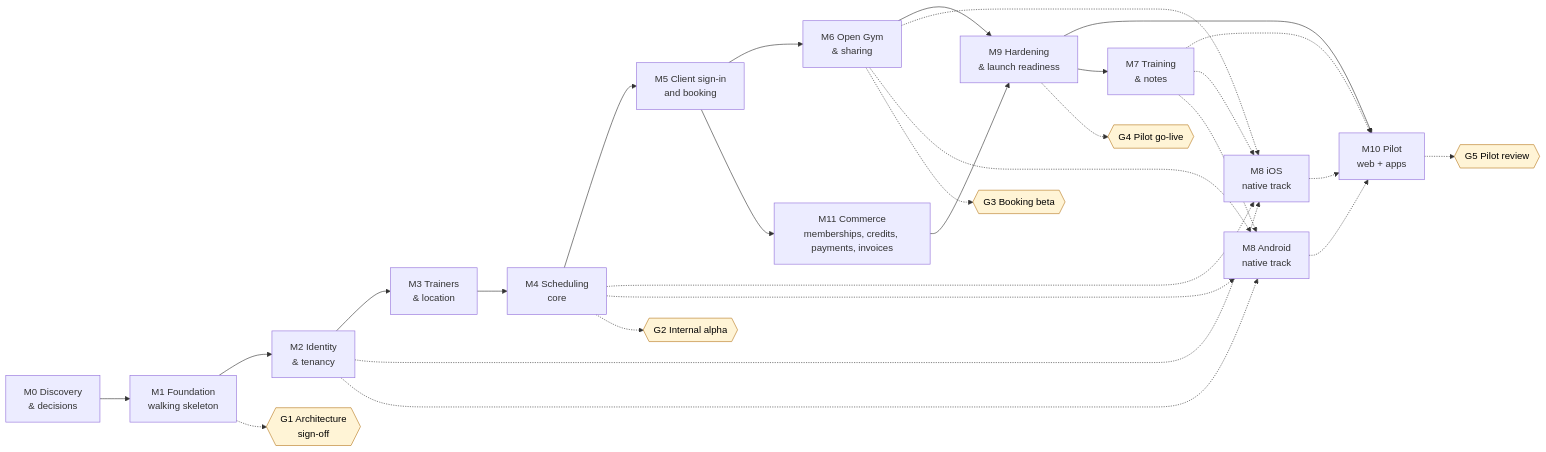
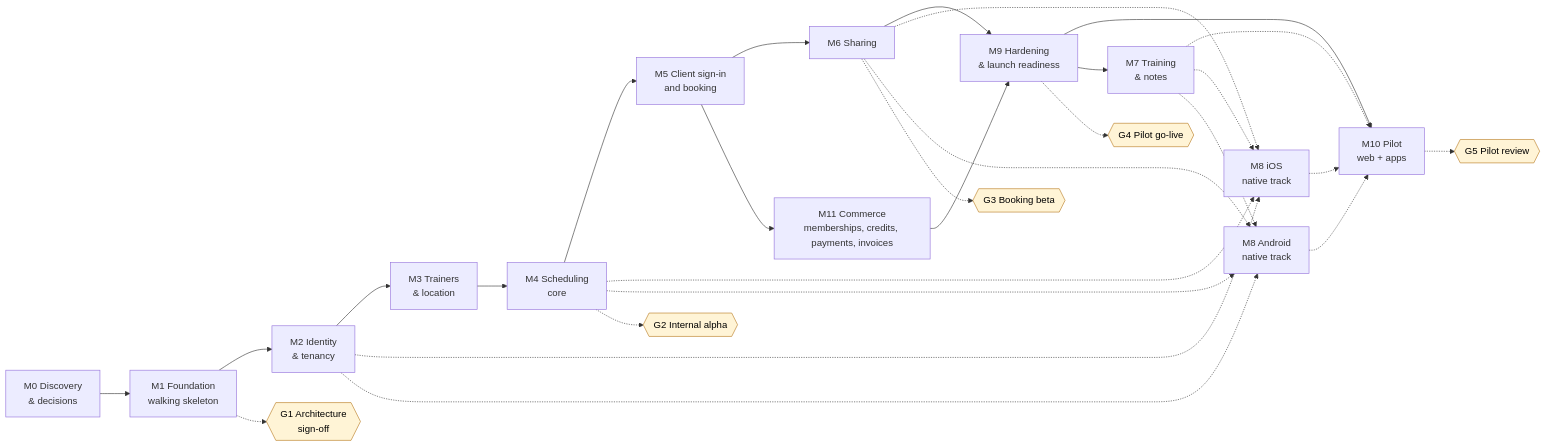
One commit to fivvi-app/fivvi changed the first of 2 diagrams in docs/product/ROADMAP.md. Above: the diagram before and after it, drawn with Mermaid. The commit also changed other lines of this file and 17 other files, not shown here.

First line of the commit message:
docs(E007): Open Gym comes after the MVP, and the owner's design answers

````diff
--- a/docs/product/ROADMAP.md
+++ b/docs/product/ROADMAP.md
@@ -83,38 +83,38 @@
 ```mermaid
 flowchart LR
   M0[M0 Discovery<br/>& decisions] --> M1[M1 Foundation<br/>walking skeleton]
   M1 --> M2[M2 Identity<br/>& tenancy]
   M2 --> M3[M3 Trainers<br/>& location]
   M3 --> M4[M4 Scheduling<br/>core]
   M4 --> M5[M5 Client sign-in<br/>and booking]
-  M5 --> M6[M6 Open Gym<br/>& sharing]
+  M5 --> M6[M6 Sharing]
   M5 --> M11[M11 Commerce<br/>memberships, credits, payments, invoices]
   M6 --> M9[M9 Hardening<br/>& launch readiness]
   M11 --> M9
   M9 --> M10[M10 Pilot<br/>web + apps]
   M9 --> M7[M7 Training<br/>& notes]
   M2 -.-> M8i[M8 iOS<br/>native track]
   M2 -.-> M8a[M8 Android<br/>native track]
   M4 -.-> M8i
   M4 -.-> M8a
   M6 -.-> M8i
   M6 -.-> M8a
   M7 -.-> M10
   M7 -.-> M8i
   M7 -.-> M8a
   M8i -.-> M10
   M8a -.-> M10
 
   G1{{G1 Architecture<br/>sign-off}}:::gate
   G2{{G2 Internal alpha}}:::gate
   G3{{G3 Booking beta}}:::gate
   G4{{G4 Pilot go-live}}:::gate
   G5{{G5 Pilot review}}:::gate
   M1 -.-> G1
   M4 -.-> G2
   M6 -.-> G3
   M9 -.-> G4
   M10 -.-> G5
 
   classDef gate fill:#fff4d6,stroke:#b7791f,color:#000;
 ```
````
